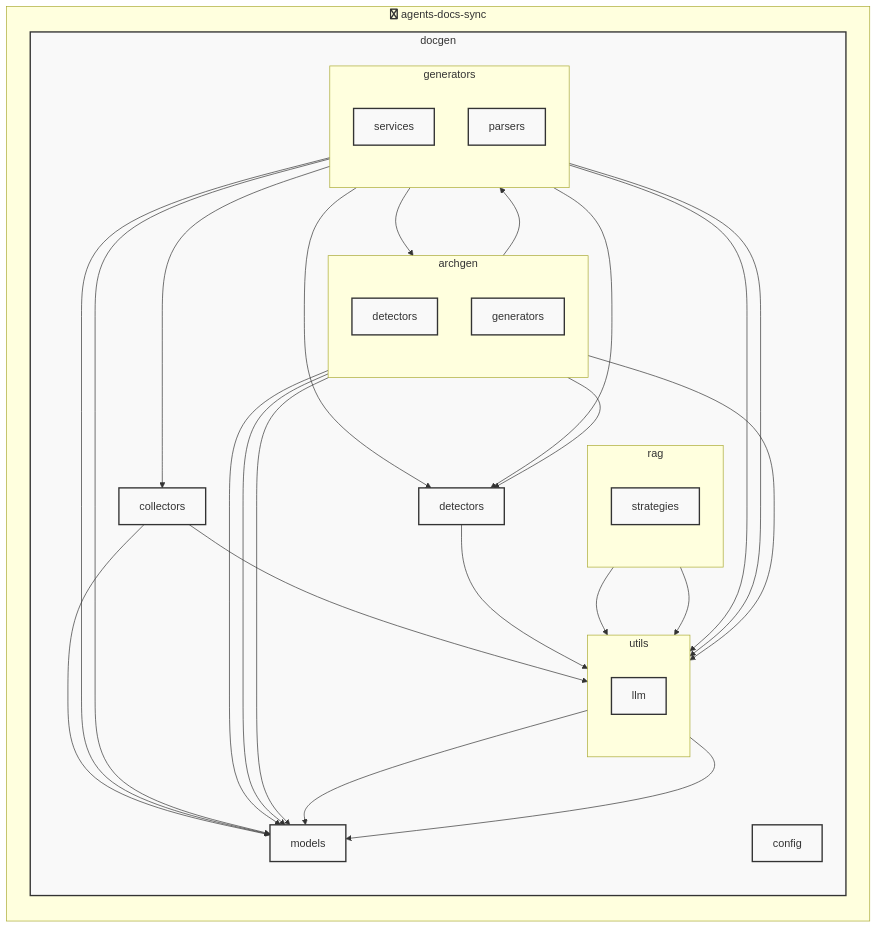
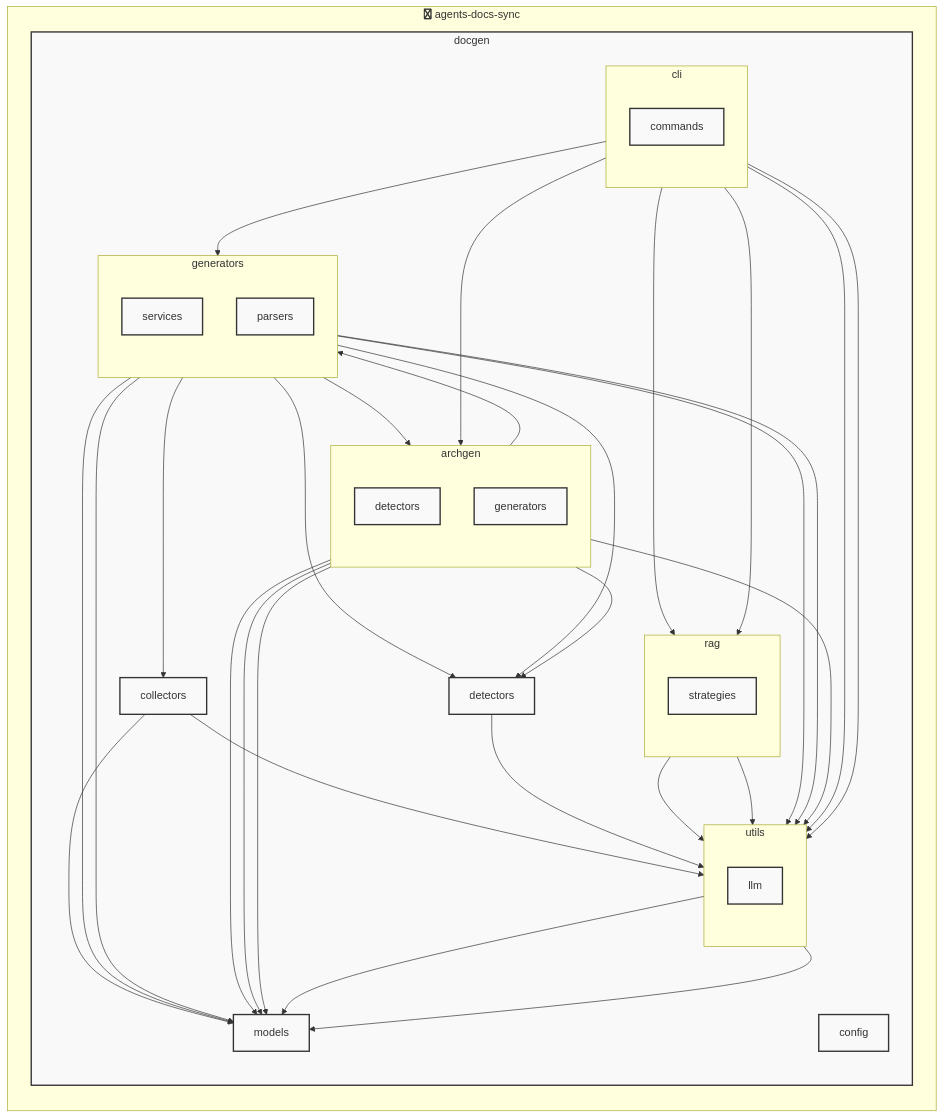
One commit to shiohamu/agents-docs-sync changed the diagram in docs/architecture/architecture.mmd. Above: the diagram before and after it, drawn with Mermaid. The commit also changed 8 other files, not shown here.

Commit message:
feat: Add dynamic argparse parsing for CLI command help extraction and introduce `cli` module to the architecture.

```diff
--- a/docs/architecture/architecture.mmd
+++ b/docs/architecture/architecture.mmd
@@ -1,63 +1,74 @@
 graph TB
     %% Auto-generated architecture diagram
 
     subgraph agents_docs_sync [fa:fa-python agents-docs-sync]
         direction TB
         subgraph docgen [docgen]
             direction TB
             docgen_collectors["collectors"]:::moduleStyle
             subgraph docgen_utils [utils]
                 direction TB
                 docgen_utils_llm["llm"]:::moduleStyle
             end
             class docgen_utils moduleStyle
+            subgraph docgen_cli [cli]
+                direction TB
+                docgen_cli_commands["commands"]:::moduleStyle
+            end
+            class docgen_cli moduleStyle
             docgen_models["models"]:::moduleStyle
             subgraph docgen_archgen [archgen]
                 direction TB
                 docgen_archgen_detectors["detectors"]:::moduleStyle
                 docgen_archgen_generators["generators"]:::moduleStyle
             end
             class docgen_archgen moduleStyle
             docgen_detectors["detectors"]:::moduleStyle
             subgraph docgen_generators [generators]
                 direction TB
                 docgen_generators_services["services"]:::moduleStyle
                 docgen_generators_parsers["parsers"]:::moduleStyle
             end
             class docgen_generators moduleStyle
             subgraph docgen_rag [rag]
                 direction TB
                 docgen_rag_strategies["strategies"]:::moduleStyle
             end
             class docgen_rag moduleStyle
             docgen_config["config"]:::moduleStyle
         end
         class docgen moduleStyle
     end
 
     docgen_collectors --> docgen_models
     docgen_collectors --> docgen_utils
     docgen_utils --> docgen_models
     docgen_utils_llm --> docgen_models
+    docgen_cli --> docgen_archgen
+    docgen_cli --> docgen_generators
+    docgen_cli --> docgen_rag
+    docgen_cli --> docgen_utils
+    docgen_cli_commands --> docgen_rag
+    docgen_cli_commands --> docgen_utils
     docgen_archgen --> docgen_detectors
     docgen_archgen --> docgen_generators
     docgen_archgen --> docgen_models
     docgen_archgen --> docgen_utils
     docgen_archgen_detectors --> docgen_models
     docgen_archgen_generators --> docgen_models
     docgen_detectors --> docgen_utils
     docgen_generators --> docgen_archgen
     docgen_generators --> docgen_collectors
     docgen_generators --> docgen_detectors
     docgen_generators --> docgen_models
     docgen_generators --> docgen_utils
     docgen_generators_parsers --> docgen_detectors
     docgen_generators_parsers --> docgen_models
     docgen_generators_parsers --> docgen_utils
     docgen_rag --> docgen_utils
     docgen_rag_strategies --> docgen_utils
 
     classDef pythonStyle fill:#3776ab,stroke:#ffd43b,stroke-width:2px,color:#fff
     classDef dockerStyle fill:#2496ed,stroke:#1d63ed,stroke-width:2px,color:#fff
     classDef dbStyle fill:#336791,stroke:#6b9cd6,stroke-width:2px,color:#fff
     classDef moduleStyle fill:#f9f9f9,stroke:#333,stroke-width:2px
```
